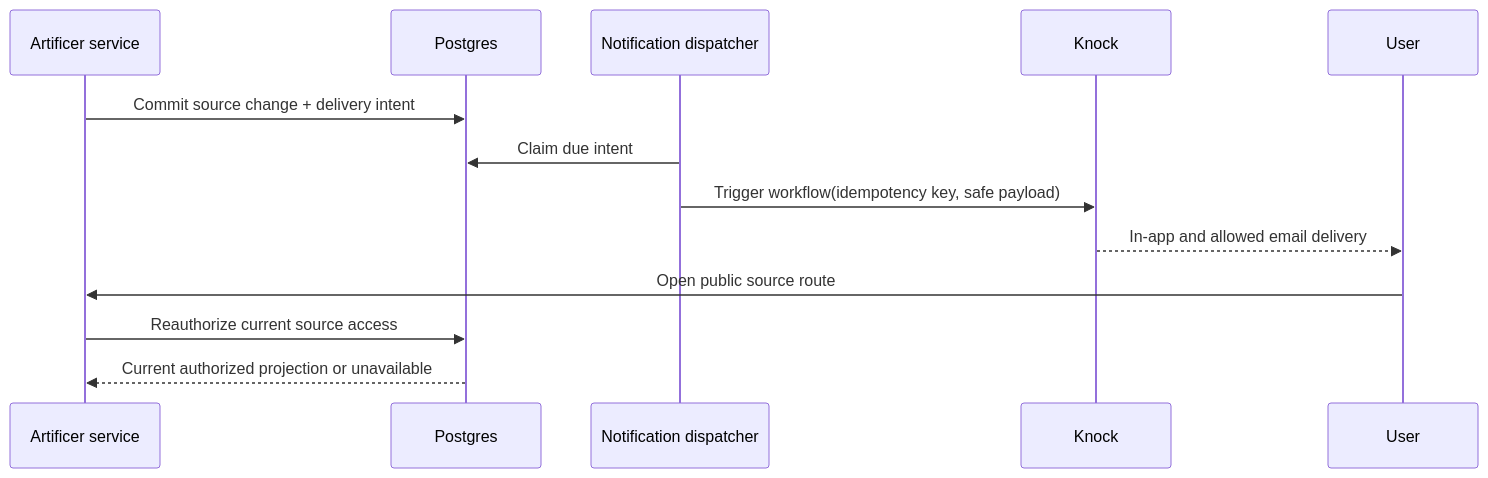
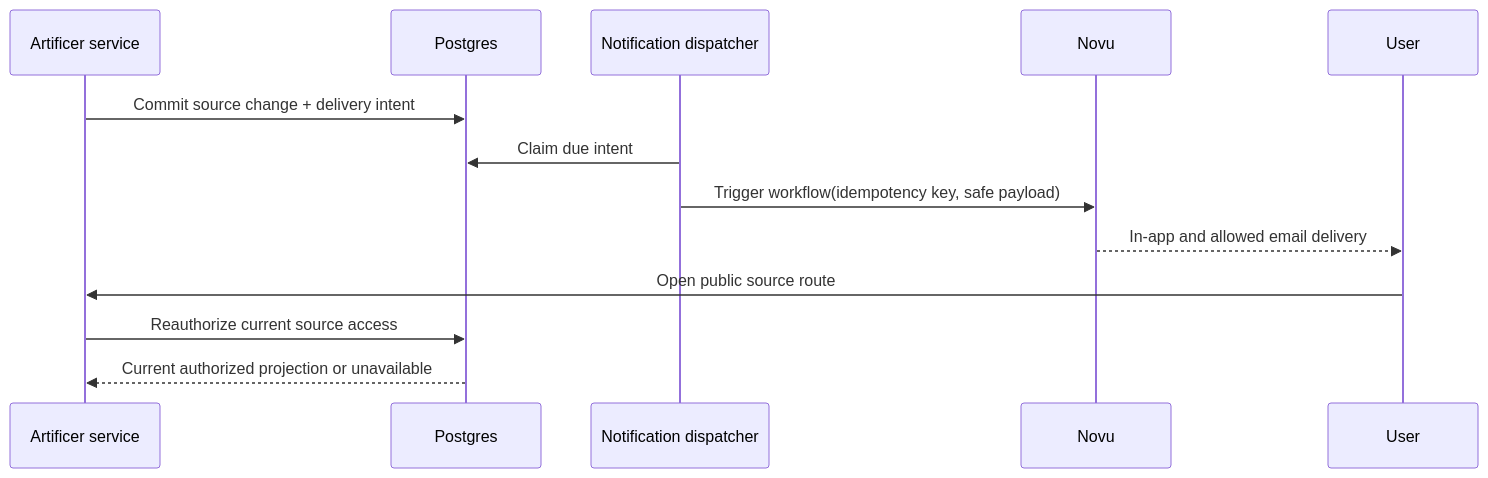
The second of 2 diagrams in docs/roadmap/05-notifications-and-delivery.md (MPiland/artificer-toolkit), drawn with Mermaid before and after one commit. The commit also changed other lines of this file and 306 other files, not shown here.

````diff
--- a/docs/roadmap/05-notifications-and-delivery.md
+++ b/docs/roadmap/05-notifications-and-delivery.md
@@ -66,16 +67,16 @@
 ```mermaid
 sequenceDiagram
   participant App as Artificer service
   participant DB as Postgres
   participant Worker as Notification dispatcher
-  participant Knock
+  participant Novu
   participant User
 
   App->>DB: Commit source change + delivery intent
   Worker->>DB: Claim due intent
-  Worker->>Knock: Trigger workflow(idempotency key, safe payload)
-  Knock-->>User: In-app and allowed email delivery
+  Worker->>Novu: Trigger workflow(idempotency key, safe payload)
+  Novu-->>User: In-app and allowed email delivery
   User->>App: Open public source route
   App->>DB: Reauthorize current source access
   DB-->>App: Current authorized projection or unavailable
 ```
````
